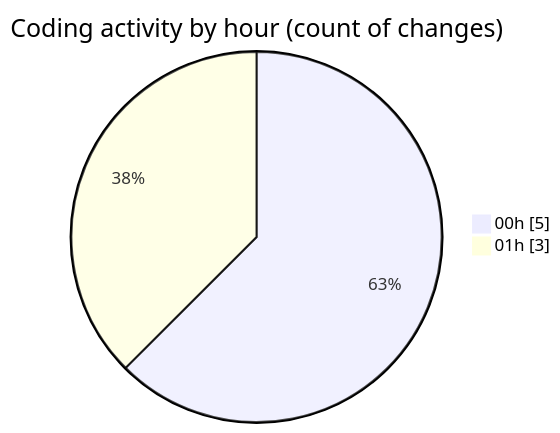
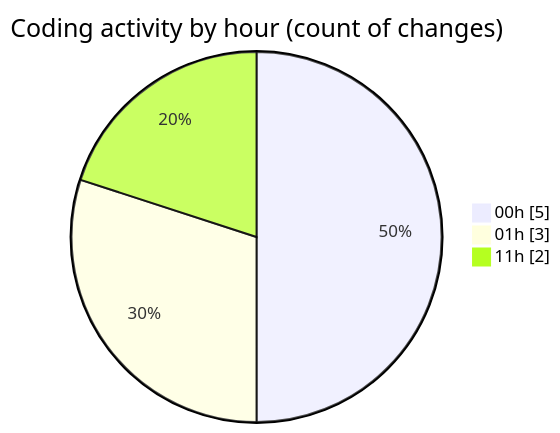
The second of 2 diagrams in 2025-11-16/cdp_aleoudev_fr__workspace_/README.md (julien-gomy/code-tracking), drawn with Mermaid before and after one commit. The commit also changed other lines of this file and 1 other file, not shown here.

````diff
--- a/2025-11-16/cdp_aleoudev_fr__workspace_/README.md
+++ b/2025-11-16/cdp_aleoudev_fr__workspace_/README.md
@@ -33,6 +34,7 @@
 ```mermaid
 pie showData
 title Coding activity by hour (count of changes)
 "00h" : 5
 "01h" : 3
+"11h" : 2
 ```
````
